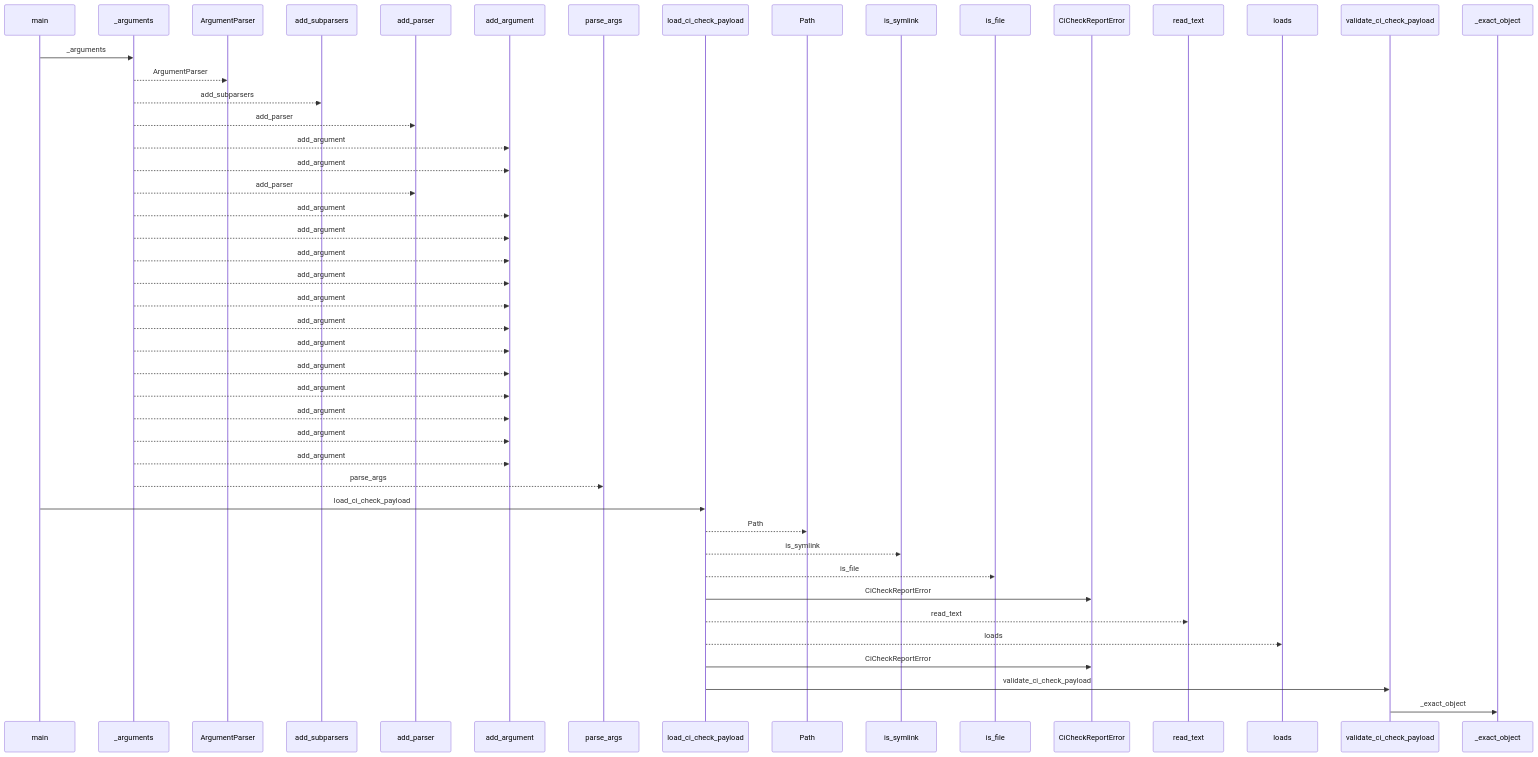
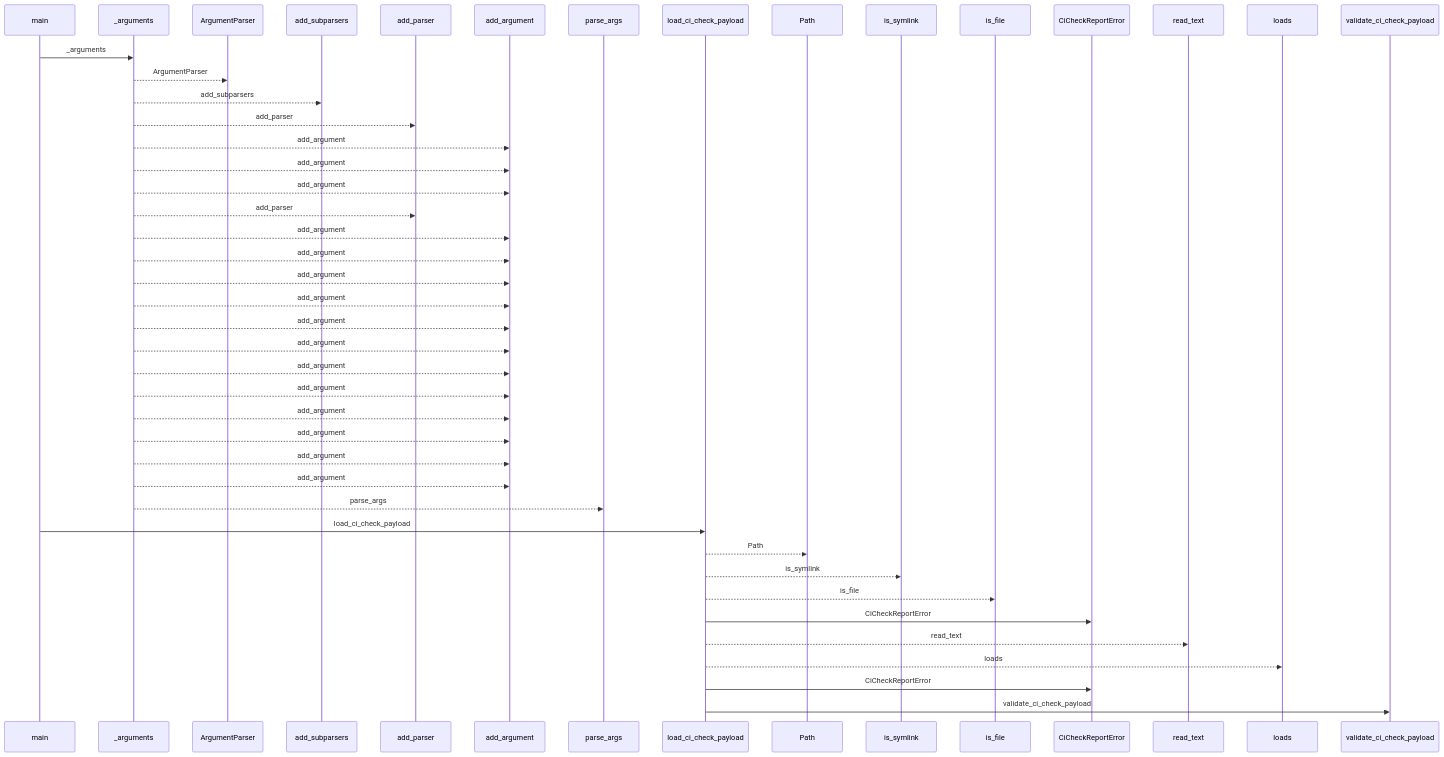
One commit to Denissvgn/python-wiki-llm changed the first of 2 diagrams in docs/llm_wiki/flows/process-ci_report.md. Above: the diagram before and after it, drawn with Mermaid. The commit also changed other lines of this file and 240 other files, not shown here.

````diff
--- a/docs/llm_wiki/flows/process-ci_report.md
+++ b/docs/llm_wiki/flows/process-ci_report.md
@@ -12,49 +12,48 @@
 ```mermaid
 sequenceDiagram
     participant p0 as main
     participant p1 as _arguments
     participant p2 as ArgumentParser
     participant p3 as add_subparsers
     participant p4 as add_parser
     participant p5 as add_argument
     participant p6 as parse_args
     participant p7 as load_ci_check_payload
     participant p8 as Path
     participant p9 as is_symlink
     participant p10 as is_file
     participant p11 as CiCheckReportError
     participant p12 as read_text
     participant p13 as loads
     participant p14 as validate_ci_check_payload
-    participant p15 as _exact_object
     p0->>p1: _arguments
     p1-->>p2: ArgumentParser
     p1-->>p3: add_subparsers
     p1-->>p4: add_parser
+    p1-->>p5: add_argument
     p1-->>p5: add_argument
     p1-->>p5: add_argument
     p1-->>p4: add_parser
     p1-->>p5: add_argument
     p1-->>p5: add_argument
     p1-->>p5: add_argument
     p1-->>p5: add_argument
     p1-->>p5: add_argument
     p1-->>p5: add_argument
     p1-->>p5: add_argument
     p1-->>p5: add_argument
     p1-->>p5: add_argument
     p1-->>p5: add_argument
     p1-->>p5: add_argument
     p1-->>p5: add_argument
     p1-->>p6: parse_args
     p0->>p7: load_ci_check_payload
     p7-->>p8: Path
     p7-->>p9: is_symlink
     p7-->>p10: is_file
     p7->>p11: CiCheckReportError
     p7-->>p12: read_text
     p7-->>p13: loads
     p7->>p11: CiCheckReportError
     p7->>p14: validate_ci_check_payload
-    p14->>p15: _exact_object
 ```
````
